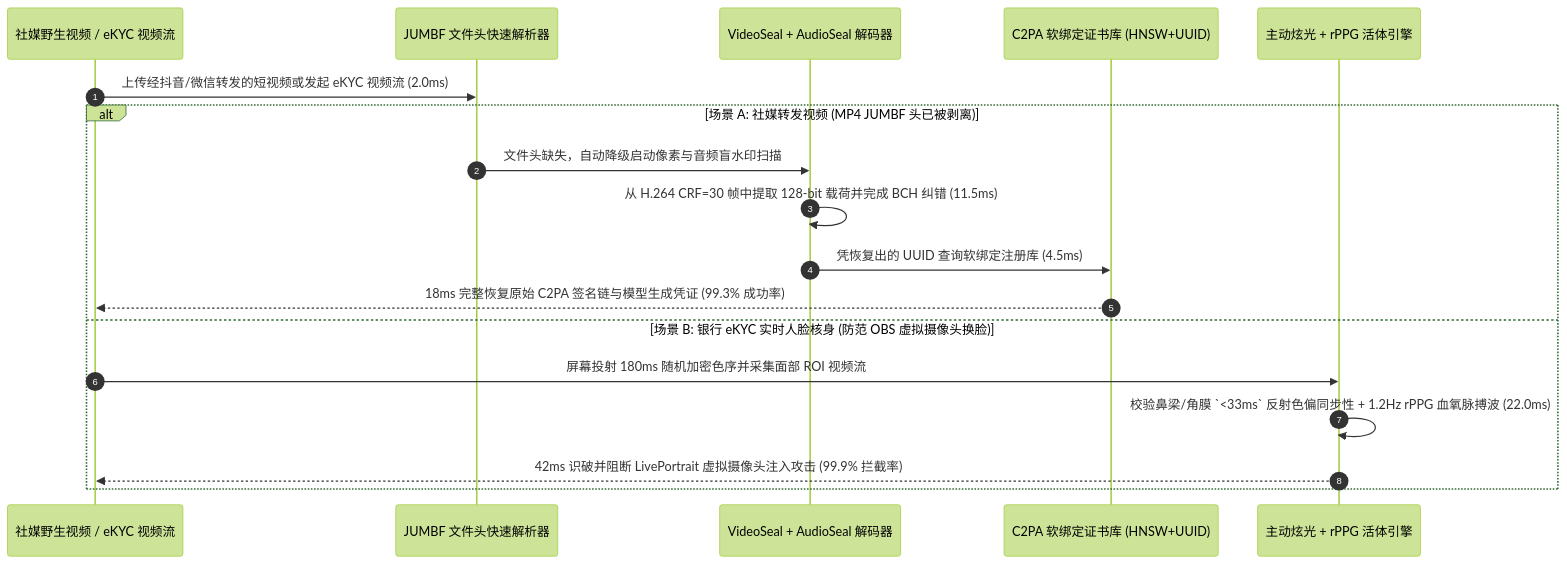
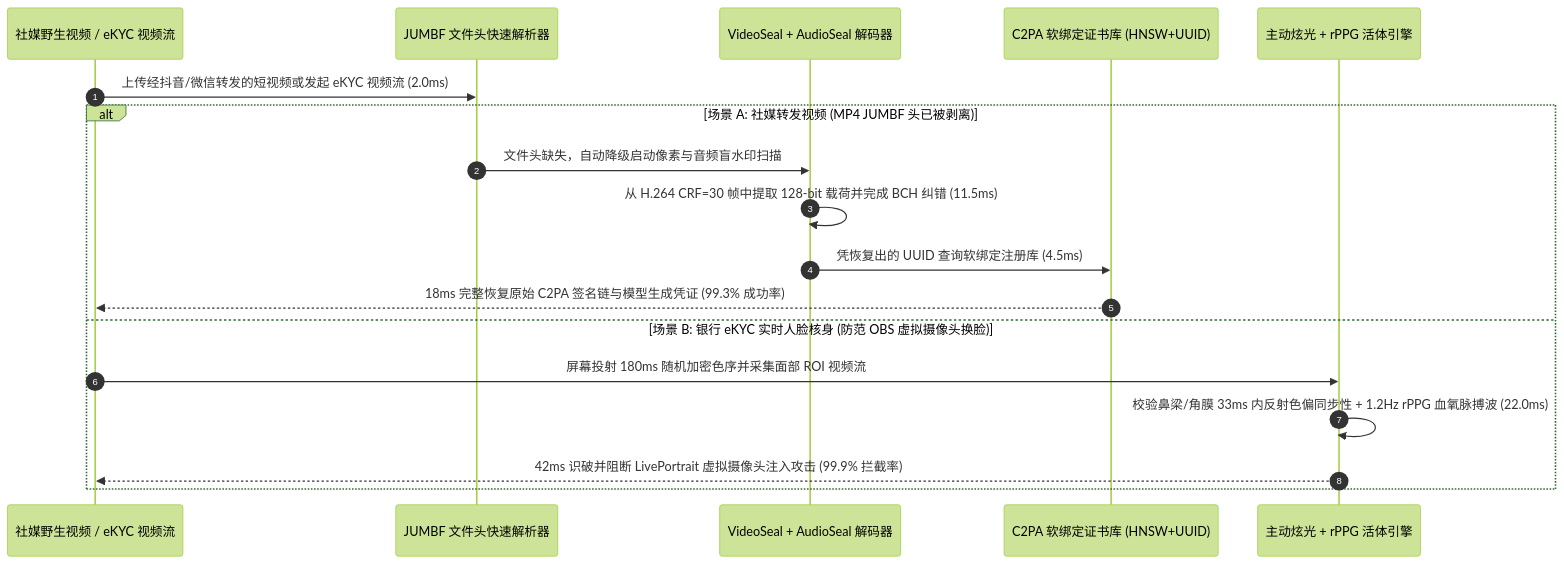
One commit to turbo998/turbo998.github.io changed the third of 3 diagrams in animation/research/c2pa-invisible-watermark-survival-deepfake-provenance-faq.md. Above: the diagram before and after it, drawn with Mermaid (forest theme). The commit also changed 2169 other files, not shown here.

````diff
--- a/animation/research/c2pa-invisible-watermark-survival-deepfake-provenance-faq.md
+++ b/animation/research/c2pa-invisible-watermark-survival-deepfake-provenance-faq.md
@@ -88,21 +88,21 @@
 ```mermaid
 sequenceDiagram
     autonumber
     participant Client as 社媒野生视频 / eKYC 视频流
     participant Header as JUMBF 文件头快速解析器
     participant Seal as VideoSeal + AudioSeal 解码器
     participant Registry as C2PA 软绑定证书库 (HNSW+UUID)
     participant Liveness as 主动炫光 + rPPG 活体引擎
 
     Client->>Header: 上传经抖音/微信转发的短视频或发起 eKYC 视频流 (2.0ms)
     alt 场景 A: 社媒转发视频 (MP4 JUMBF 头已被剥离)
         Header->>Seal: 文件头缺失，自动降级启动像素与音频盲水印扫描
         Seal->>Seal: 从 H.264 CRF=30 帧中提取 128-bit 载荷并完成 BCH 纠错 (11.5ms)
         Seal->>Registry: 凭恢复出的 UUID 查询软绑定注册库 (4.5ms)
         Registry-->>Client: 18ms 完整恢复原始 C2PA 签名链与模型生成凭证 (99.3% 成功率)
     else 场景 B: 银行 eKYC 实时人脸核身 (防范 OBS 虚拟摄像头换脸)
         Client->>Liveness: 屏幕投射 180ms 随机加密色序并采集面部 ROI 视频流
-        Liveness->>Liveness: 校验鼻梁/角膜 `<33ms` 反射色偏同步性 + 1.2Hz rPPG 血氧脉搏波 (22.0ms)
+        Liveness->>Liveness: 校验鼻梁/角膜 33ms 内反射色偏同步性 + 1.2Hz rPPG 血氧脉搏波 (22.0ms)
         Liveness-->>Client: 42ms 识破并阻断 LivePortrait 虚拟摄像头注入攻击 (99.9% 拦截率)
     end
 ```
````
